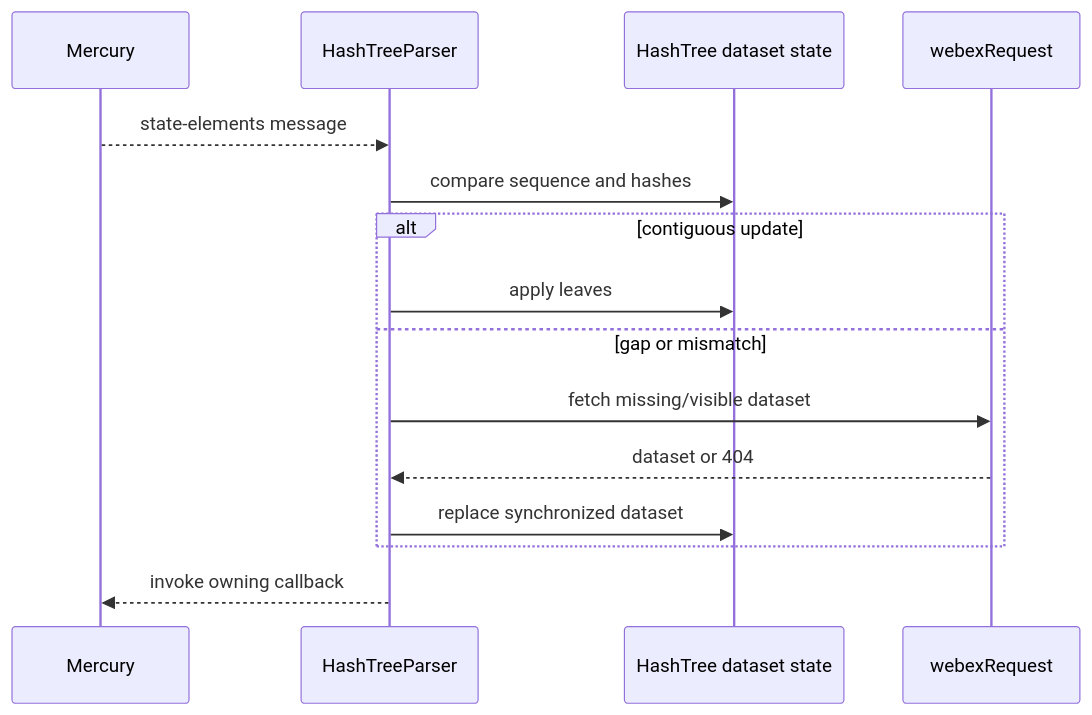
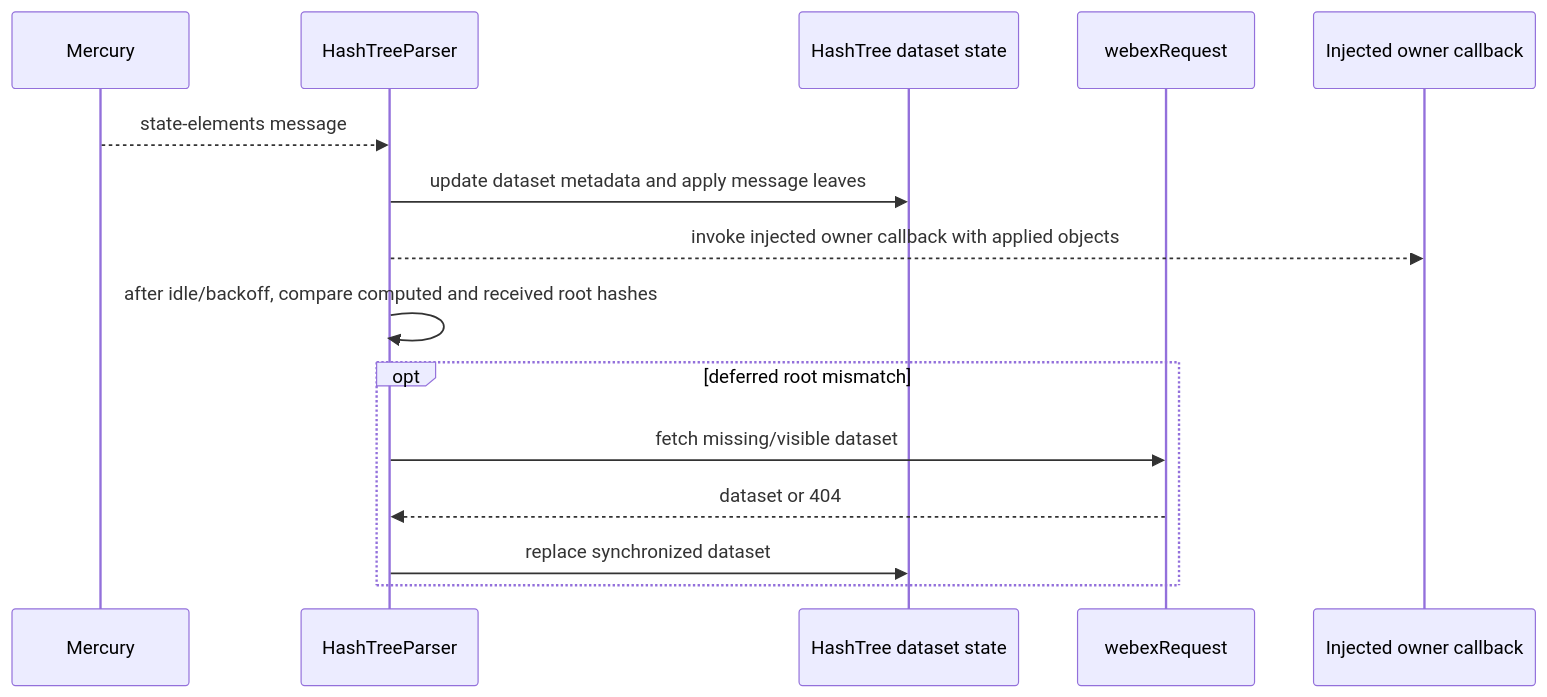
One commit to webex/webex-js-sdk changed the second of 5 diagrams in packages/@webex/plugin-meetings/src/hashTree/ai-docs/hash-tree-spec.md. Above: the diagram before and after it, drawn with Mermaid. The commit also changed other lines of this file and 24 other files, not shown here.

````diff
--- a/packages/@webex/plugin-meetings/src/hashTree/ai-docs/hash-tree-spec.md
+++ b/packages/@webex/plugin-meetings/src/hashTree/ai-docs/hash-tree-spec.md
@@ -124,17 +129,17 @@
 ```mermaid
 sequenceDiagram
   participant M as Mercury
   participant P as HashTreeParser
   participant H as HashTree dataset state
   participant W as webexRequest
+  participant O as Injected owner callback
   M-->>P: state-elements message
-  P->>H: compare sequence and hashes
-  alt contiguous update
-    P->>H: apply leaves
-  else gap or mismatch
+  P->>H: update dataset metadata and apply message leaves
+  P-->>O: invoke injected owner callback with applied objects
+  P->>P: after idle/backoff, compare computed and received root hashes
+  opt deferred root mismatch
     P->>W: fetch missing/visible dataset
     W-->>P: dataset or 404
     P->>H: replace synchronized dataset
   end
-  P-->>M: invoke owning callback
 ```
````
